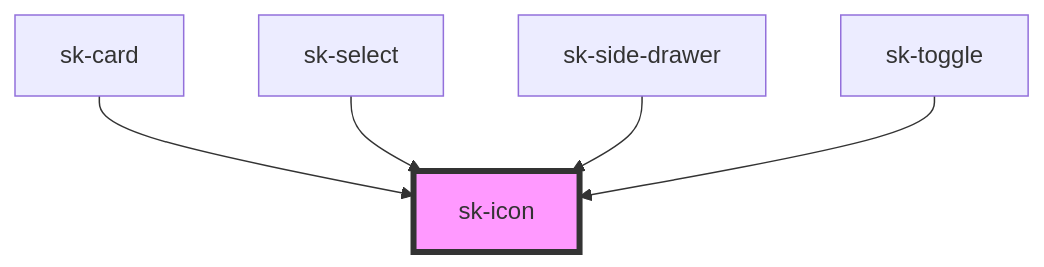
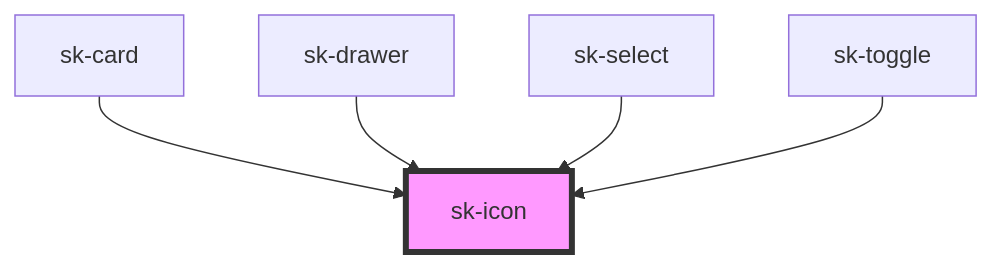
The diagram in web-components-stencil/src/components/sk-icon/readme.md (shincke/sk-toolkit), drawn with Mermaid before and after one commit. The commit also changed other lines of this file and 30 other files, not shown here.

````diff
--- a/web-components-stencil/src/components/sk-icon/readme.md
+++ b/web-components-stencil/src/components/sk-icon/readme.md
@@ -34,8 +34,8 @@
 ```mermaid
 graph TD;
   sk-card --> sk-icon
+  sk-drawer --> sk-icon
   sk-select --> sk-icon
-  sk-side-drawer --> sk-icon
   sk-toggle --> sk-icon
   style sk-icon fill:#f9f,stroke:#333,stroke-width:4px
 ```
````
